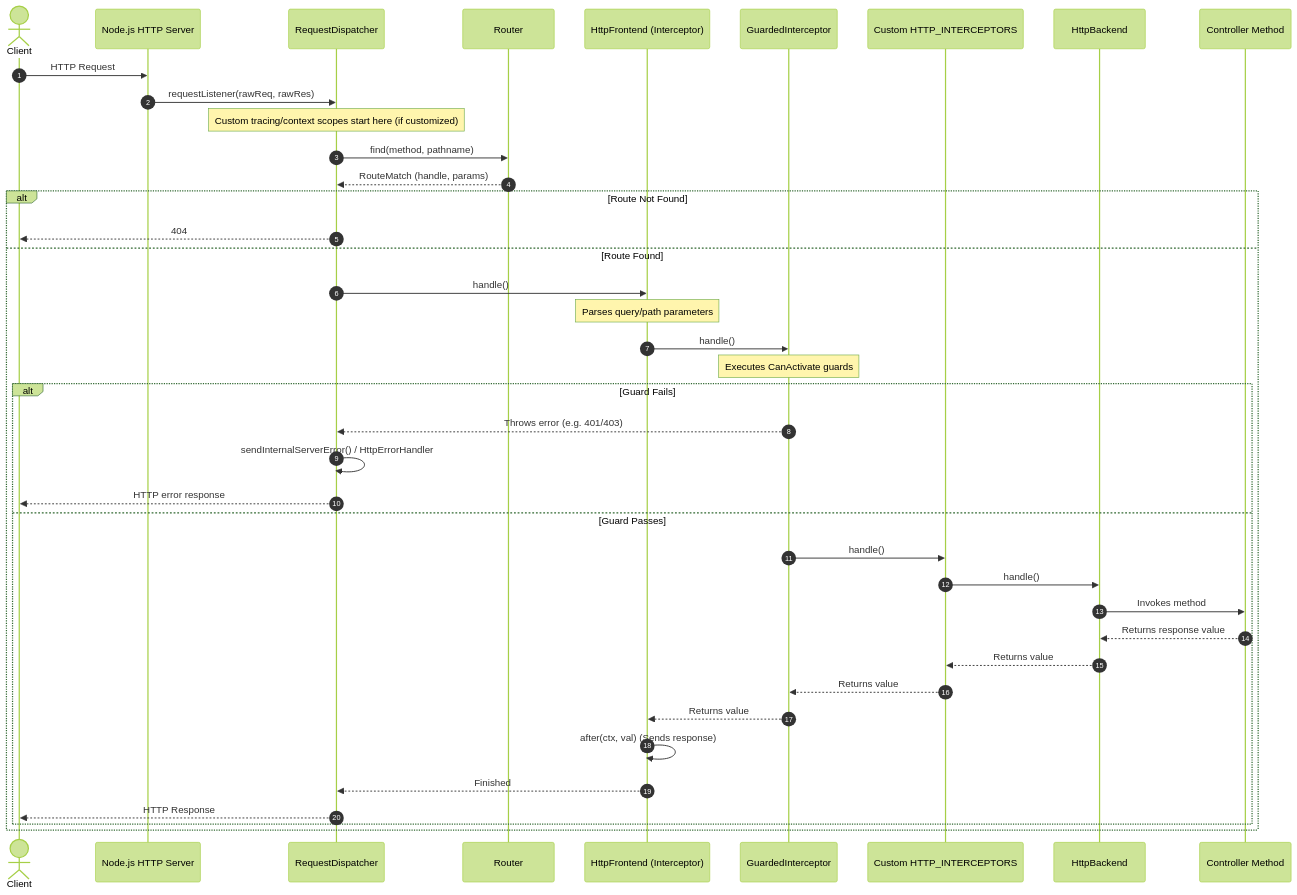
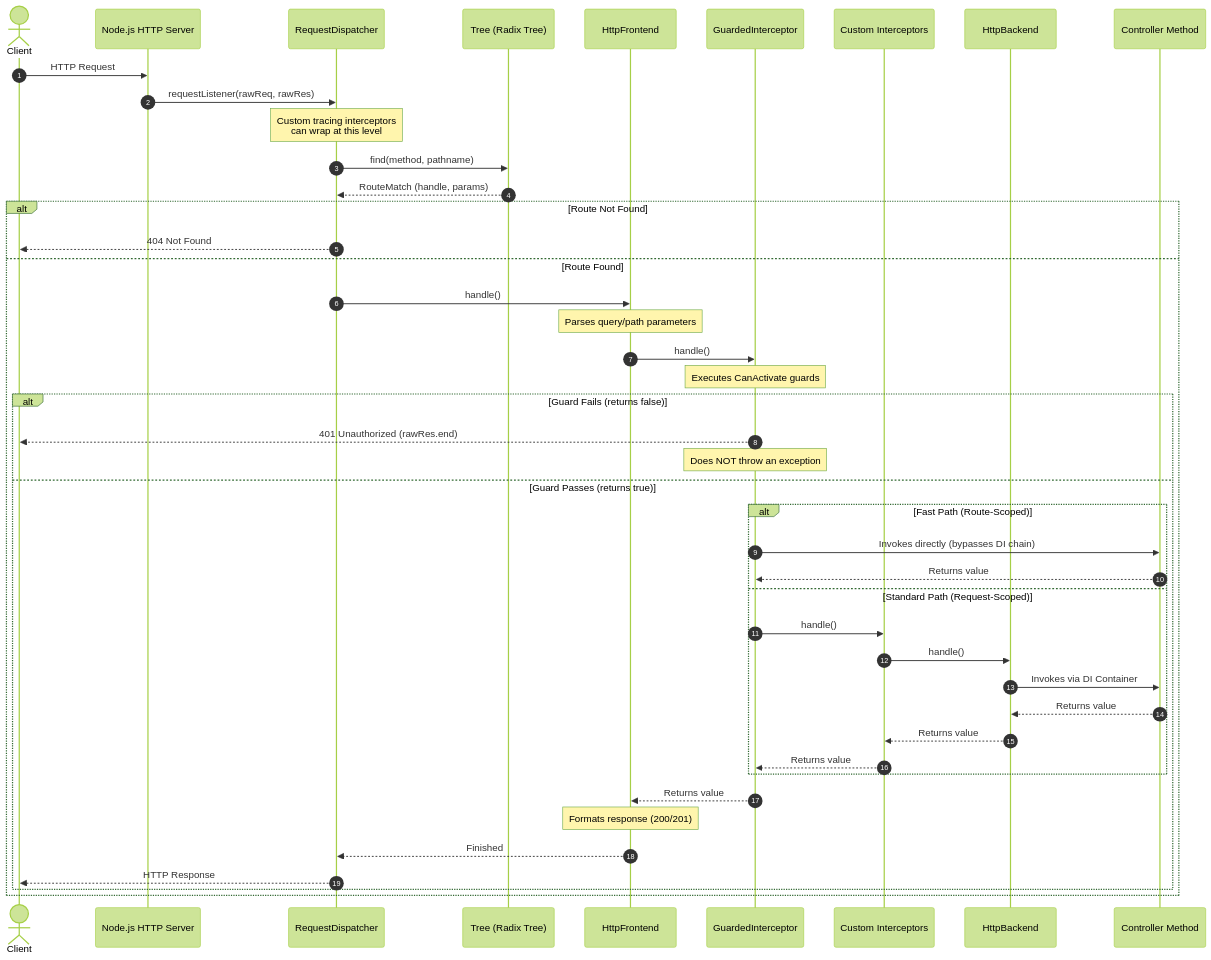
One commit to holujs/agent-skills changed the diagram in skills/holu-rest/SKILL.md. Above: the diagram before and after it, drawn with Mermaid (forest theme). The commit also changed other lines of this file and 11 other files, not shown here.

````diff
--- a/skills/holu-rest/SKILL.md
+++ b/skills/holu-rest/SKILL.md
@@ -16,48 +21,54 @@
 ```mermaid
 sequenceDiagram
     autonumber
     actor Client
     participant Server as Node.js HTTP Server
     participant Dispatcher as RequestDispatcher
-    participant Router as Router
-    participant Frontend as HttpFrontend (Interceptor)
+    participant Tree as Tree (Radix Tree)
+    participant Frontend as HttpFrontend
     participant Guards as GuardedInterceptor
-    participant Custom as Custom HTTP_INTERCEPTORS
+    participant Custom as Custom Interceptors
     participant Backend as HttpBackend
     participant Controller as Controller Method
 
     Client->>Server: HTTP Request
     Server->>Dispatcher: requestListener(rawReq, rawRes)
-
-    Note over Dispatcher: Custom tracing/context scopes start here (if customized)
-
-    Dispatcher->>Router: find(method, pathname)
-    Router-->>Dispatcher: RouteMatch (handle, params)
+    
+    Note over Dispatcher: Custom tracing interceptors<br/>can wrap at this level
+    
+    Dispatcher->>Tree: find(method, pathname)
+    Tree-->>Dispatcher: RouteMatch (handle, params)
 
     alt Route Not Found
-        Dispatcher-->>Client: 404
+        Dispatcher-->>Client: 404 Not Found
     else Route Found
         Dispatcher->>Frontend: handle()
         Note over Frontend: Parses query/path parameters
 
         Frontend->>Guards: handle()
         Note over Guards: Executes CanActivate guards
 
-        alt Guard Fails
-            Guards-->>Dispatcher: Throws error (e.g. 401/403)
-            Dispatcher->>Dispatcher: sendInternalServerError() / HttpErrorHandler
-            Dispatcher-->>Client: HTTP error response
-        else Guard Passes
-            Guards->>Custom: handle()
-            Custom->>Backend: handle()
-            Backend->>Controller: Invokes method
-            Controller-->>Backend: Returns response value
-            Backend-->>Custom: Returns value
-            Custom-->>Guards: Returns value
+        alt Guard Fails (returns false)
+            Guards-->>Client: 401 Unauthorized (rawRes.end)
+            Note over Guards: Does NOT throw an exception
+        else Guard Passes (returns true)
+            
+            alt Fast Path (Route-Scoped)
+                Guards->>Controller: Invokes directly (bypasses DI chain)
+                Controller-->>Guards: Returns value
+            else Standard Path (Request-Scoped)
+                Guards->>Custom: handle()
+                Custom->>Backend: handle()
+                Backend->>Controller: Invokes via DI Container
+                Controller-->>Backend: Returns value
+                Backend-->>Custom: Returns value
+                Custom-->>Guards: Returns value
+            end
+            
             Guards-->>Frontend: Returns value
-            Frontend->>Frontend: after(ctx, val) (Sends response)
+            Note over Frontend: Formats response (200/201)
             Frontend-->>Dispatcher: Finished
             Dispatcher-->>Client: HTTP Response
         end
     end
 ```
````
